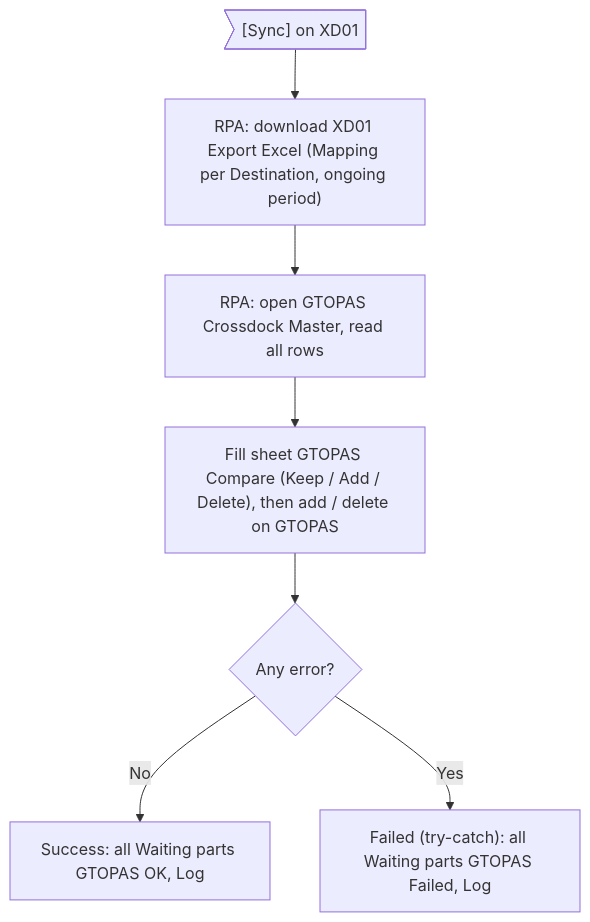
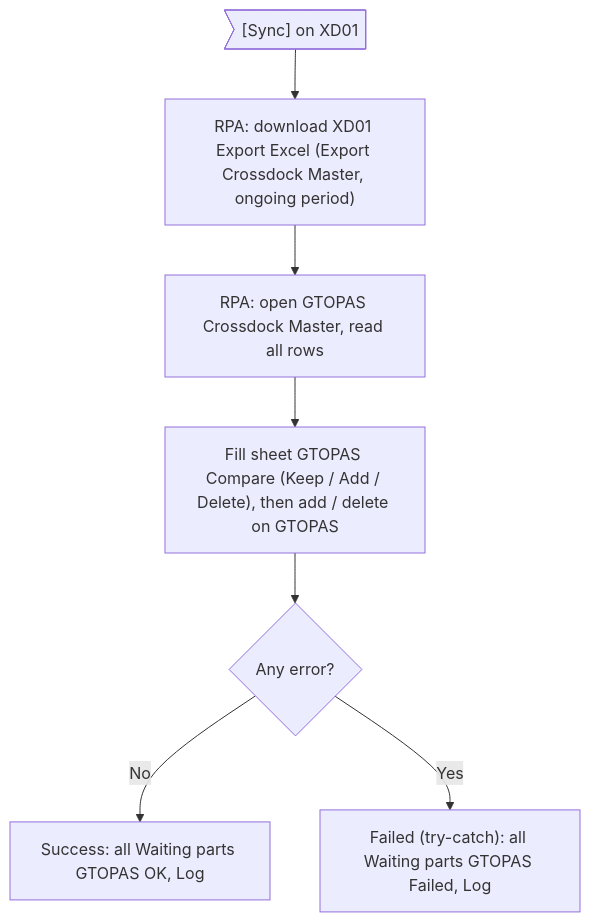
The first of 2 diagrams in prepare_code/uiss/XD06_Batch_IFCrossDockMasterToGTOPAS.md (ivanrayhannn/crossdockpoc), drawn with Mermaid before and after one commit. The commit also changed other lines of this file and 92 other files, not shown here.

First line of the commit message:
Crossdock Master names (Kanban / Export Crossdock Master), period on the Kanban Crossdock Master, Order Type per destination row

````diff
--- a/prepare_code/uiss/XD06_Batch_IFCrossDockMasterToGTOPAS.md
+++ b/prepare_code/uiss/XD06_Batch_IFCrossDockMasterToGTOPAS.md
@@ -31,16 +32,16 @@
 ```mermaid
 flowchart TB
   a>"[Sync] on XD01"]
-  b["RPA: download XD01 Export Excel (Mapping per Destination, ongoing period)"]
+  b["RPA: download XD01 Export Excel (Export Crossdock Master, ongoing period)"]
   c["RPA: open GTOPAS Crossdock Master, read all rows"]
   d["Fill sheet GTOPAS Compare (Keep / Add / Delete), then add / delete on GTOPAS"]
   e{"Any error?"}
   f["Success: all Waiting parts GTOPAS OK, Log"]
   h["Failed (try-catch): all Waiting parts GTOPAS Failed, Log"]
   a --> b
   b --> c
   c --> d
   d --> e
   e -->|No| f
   e -->|Yes| h
 ```
````
